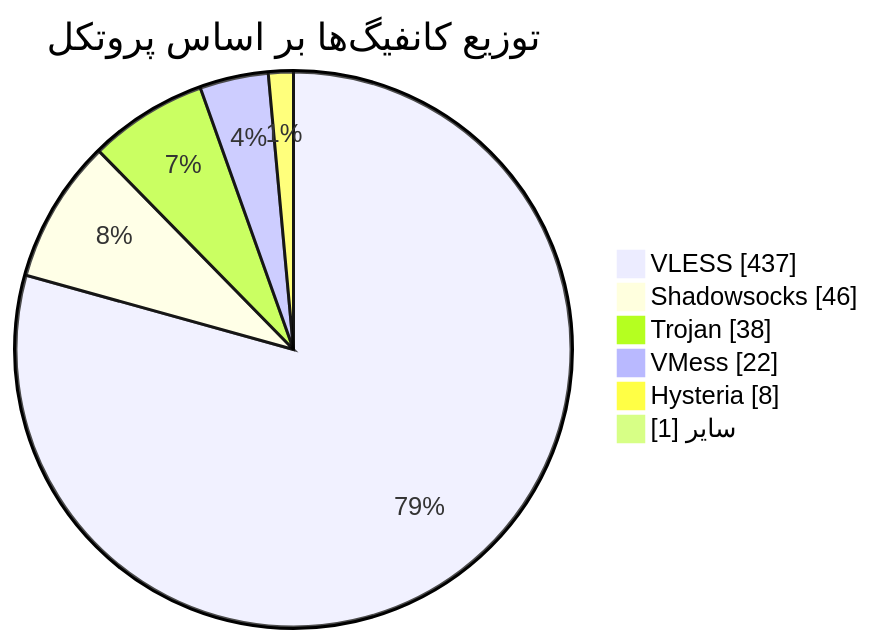
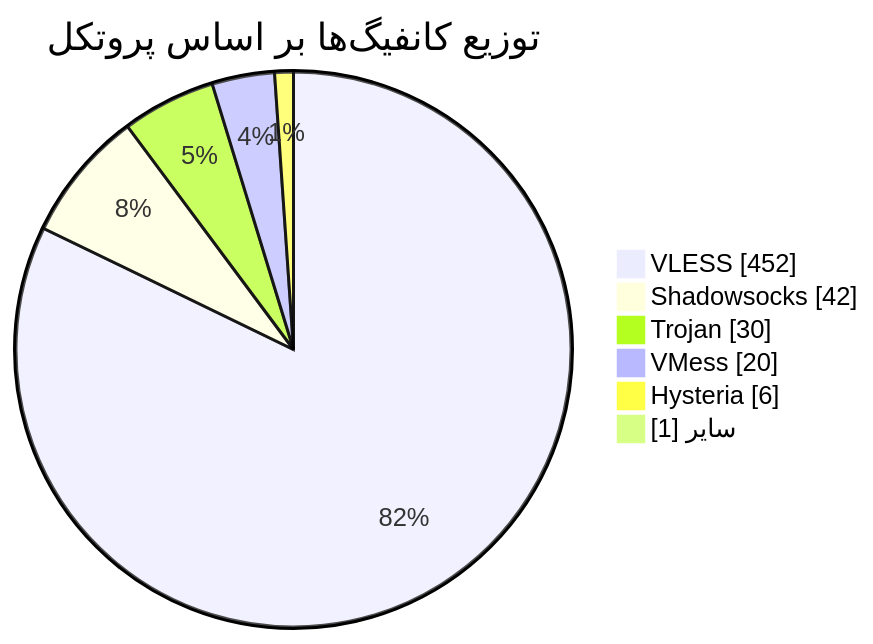
Before and after one commit to Arian-Alijani/Somthing: the diagram in README.md, drawn with Mermaid. The commit also changed other lines of this file and 69 other files, not shown here.

````diff
--- a/README.md
+++ b/README.md
@@ -48,10 +48,10 @@
 ```mermaid
 pie showData
     title توزیع کانفیگ‌ها بر اساس پروتکل
-    "VLESS" : 437
-    "Shadowsocks" : 46
-    "Trojan" : 38
-    "VMess" : 22
-    "Hysteria" : 8
+    "VLESS" : 452
+    "Shadowsocks" : 42
+    "Trojan" : 30
+    "VMess" : 20
+    "Hysteria" : 6
     "سایر" : 1
 ```
````
